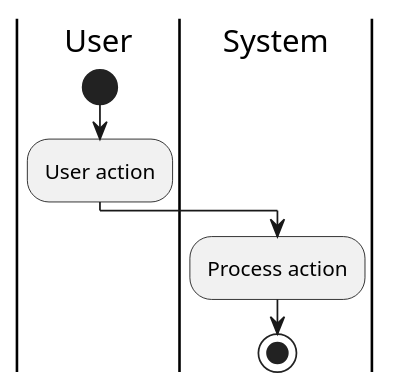
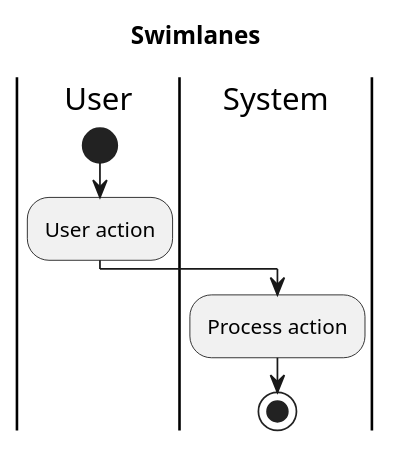
The fourth of 7 diagrams in Tools/plantuml.md (DenAV/DevOps-Notes), drawn with PlantUML before and after one commit. The commit also changed other lines of this file and 8 other files, not shown here.

Commit message:
add info about plantuml

````diff
--- a/Tools/plantuml.md
+++ b/Tools/plantuml.md
@@ -52,10 +64,11 @@
 ```plantuml
 @startuml
+title Swimlanes
 |User|
 start
 :User action;
 |System|
 :Process action;
 stop
 @enduml
 ```
````
